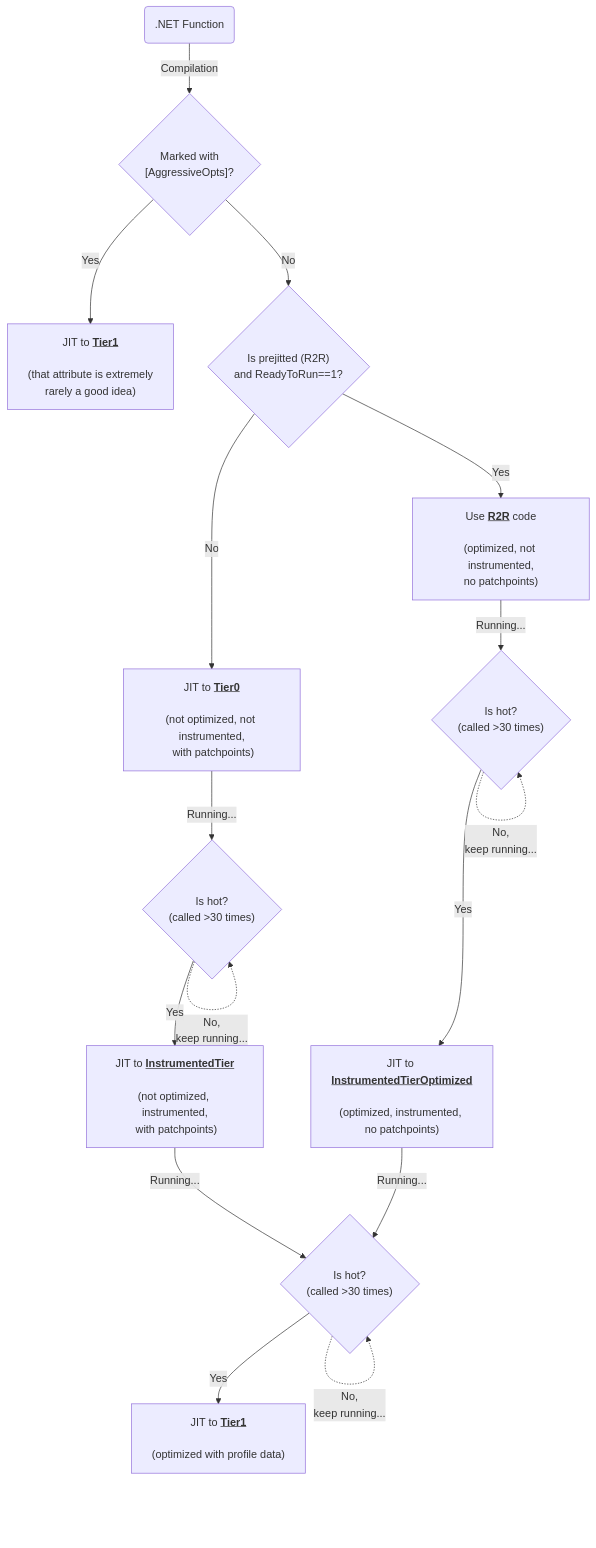
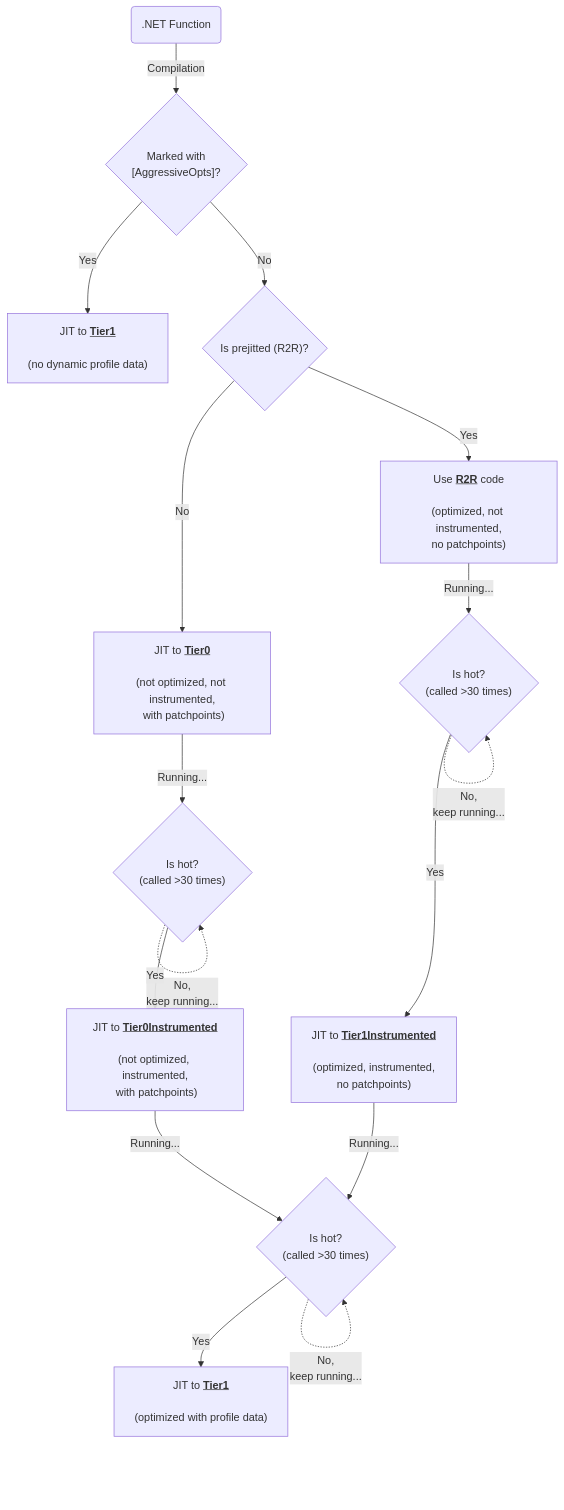
One commit to dotnet/runtime changed the first of 3 diagrams in docs/design/features/DynamicPgo-InstrumentedTiers.md. Above: the diagram before and after it, drawn with Mermaid. The commit also changed other lines of this file and 9 other files, not shown here.

````diff
--- a/docs/design/features/DynamicPgo-InstrumentedTiers.md
+++ b/docs/design/features/DynamicPgo-InstrumentedTiers.md
@@ -9,25 +9,25 @@
 ```mermaid
 flowchart
     prestub(.NET Function) -->|Compilation| hasAO{"Marked with<br/>[AggressiveOpts]?"}
-    hasAO-->|Yes|tier1ao["JIT to <b><ins>Tier1</ins></b><br/><br/>(that attribute is extremely<br/> rarely a good idea)"]
+    hasAO-->|Yes|tier1ao["JIT to <b><ins>Tier1</ins></b><br/><br/>(no dynamic profile data)"]
     hasAO-->|No|hasR2R
-    hasR2R{"Is prejitted (R2R)<br/>and ReadyToRun==1"?} -->|No| tier000
+    hasR2R{"Is prejitted (R2R)?"} -->|No| tier000
 
     tier000["JIT to <b><ins>Tier0</ins></b><br/><br/>(not optimized, not instrumented,<br/> with patchpoints)"]-->|Running...|ishot555
     ishot555{"Is hot?<br/>(called >30 times)"}
     ishot555-.->|No,<br/>keep running...|ishot555
     ishot555-->|Yes|tier0
    
     hasR2R -->|Yes| R2R
     R2R["Use <b><ins>R2R</ins></b> code<br/><br/>(optimized, not instrumented,<br/>no patchpoints)"] -->|Running...|ishot1
     ishot1{"Is hot?<br/>(called >30 times)"}-.->|No,<br/>keep running...|ishot1
     ishot1--->|"Yes"|tier1inst
 
-    tier0["JIT to <b><ins>InstrumentedTier</ins></b><br/><br/>(not optimized, instrumented,<br/> with patchpoints)"]-->|Running...|ishot5
+    tier0["JIT to <b><ins>Tier0Instrumented</ins></b><br/><br/>(not optimized, instrumented,<br/> with patchpoints)"]-->|Running...|ishot5
     tier1pgo2["JIT to <b><ins>Tier1</ins></b><br/><br/>(optimized with profile data)"]
       
-    tier1inst["JIT to <b><ins>InstrumentedTierOptimized</ins></b><br/><br/>(optimized, instrumented, <br/>no patchpoints)"]
+    tier1inst["JIT to <b><ins>Tier1Instrumented</ins></b><br/><br/>(optimized, instrumented, <br/>no patchpoints)"]
     tier1inst-->|Running...|ishot5
     ishot5{"Is hot?<br/>(called >30 times)"}-->|Yes|tier1pgo2
     ishot5-.->|No,<br/>keep running...|ishot5
 ```
````
